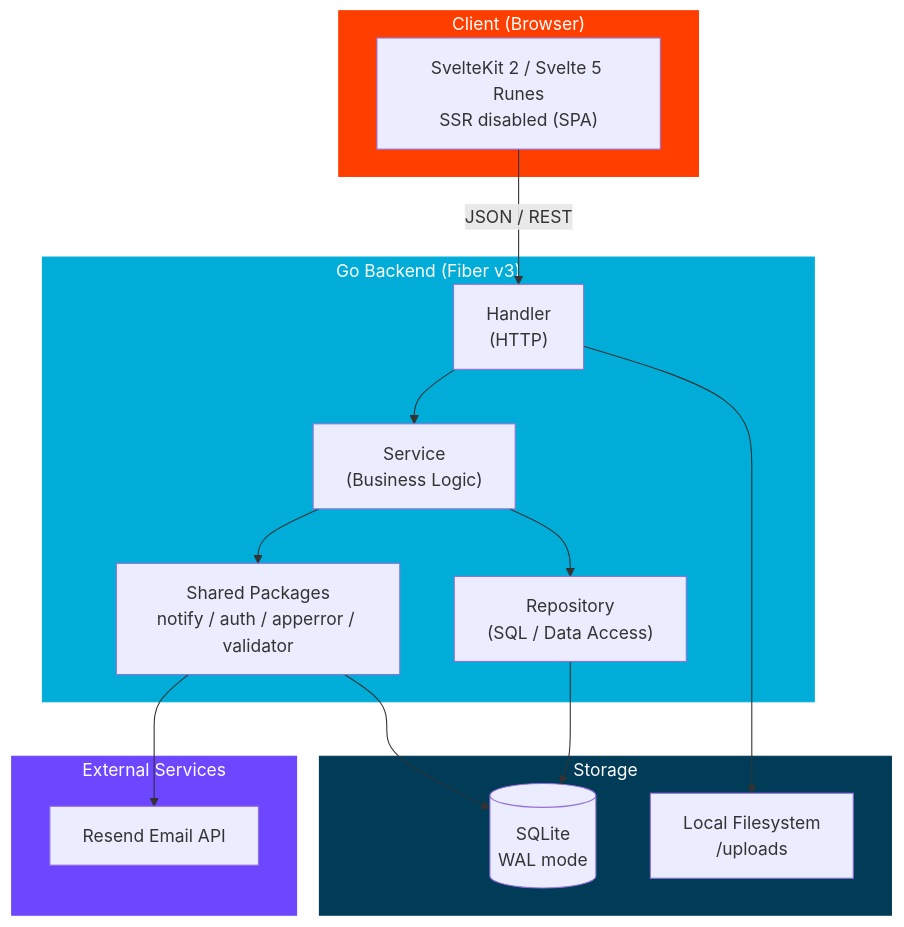
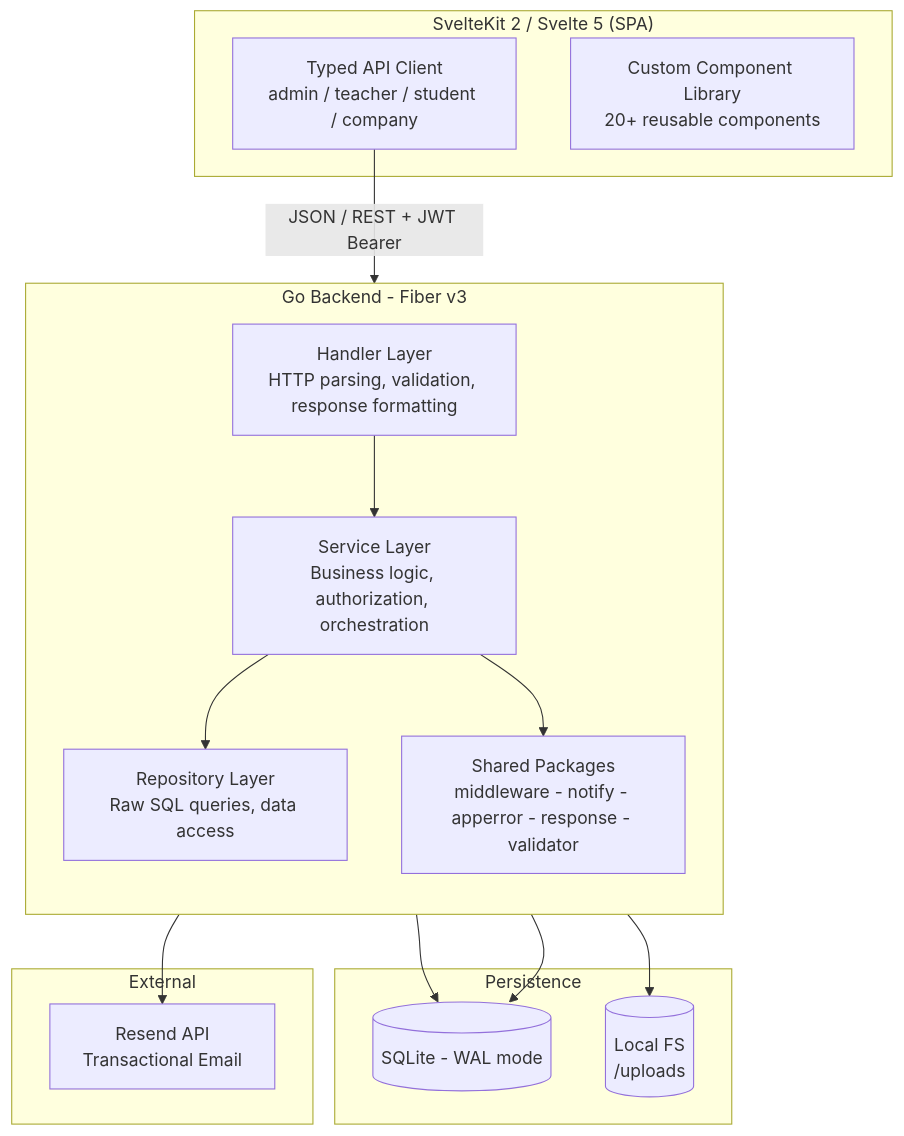
One commit to rhpo/lms changed the first of 2 diagrams in README.md. Above: the diagram before and after it, drawn with Mermaid. The commit also changed other lines of this file, not shown here.

````diff
--- a/README.md
+++ b/README.md
@@ -82,36 +67,33 @@
 ```mermaid
 graph TB
-    subgraph Client ["Client (Browser)"]
-        FE["SvelteKit 2 / Svelte 5 Runes<br/>SSR disabled (SPA)"]
+    subgraph Client["SvelteKit 2 / Svelte 5 (SPA)"]
+        API["Typed API Client<br/>admin / teacher / student / company"]
+        UI["Custom Component Library<br/>20+ reusable components"]
     end
 
-    subgraph Backend ["Go Backend (Fiber v3)"]
-        H["Handler<br/>(HTTP)"]
-        S["Service<br/>(Business Logic)"]
-        R["Repository<br/>(SQL / Data Access)"]
-        SP["Shared Packages<br/>notify / auth / apperror / validator"]
+    subgraph Server["Go Backend - Fiber v3"]
+        direction TB
+        H["Handler Layer<br/>HTTP parsing, validation, response formatting"]
+        S["Service Layer<br/>Business logic, authorization, orchestration"]
+        R["Repository Layer<br/>Raw SQL queries, data access"]
+        SH["Shared Packages<br/>middleware - notify - apperror - response - validator"]
     end
 
-    subgraph Storage ["Storage"]
-        DB[(SQLite<br/>WAL mode)]
-        FS["Local Filesystem<br/>/uploads"]
+    subgraph Data["Persistence"]
+        DB[(SQLite - WAL mode)]
+        FS[("Local FS<br/>/uploads")]
     end
 
-    subgraph External ["External Services"]
-        RE["Resend Email API"]
+    subgraph Ext["External"]
+        RS["Resend API<br/>Transactional Email"]
     end
 
-    FE -- "JSON / REST" --> H
+    API -- "JSON / REST + JWT Bearer" --> H
     H --> S
     S --> R
-    S --> SP
+    S --> SH
     R --> DB
     H --> FS
-    SP --> RE
-    SP --> DB
-
-    style Client fill:#ff3e00,color:#fff,stroke:#ff3e00
-    style Backend fill:#00ADD8,color:#fff,stroke:#00ADD8
-    style Storage fill:#003B57,color:#fff,stroke:#003B57
-    style External fill:#6c47ff,color:#fff,stroke:#6c47ff
+    SH --> RS
+    SH --> DB
 ```
````
